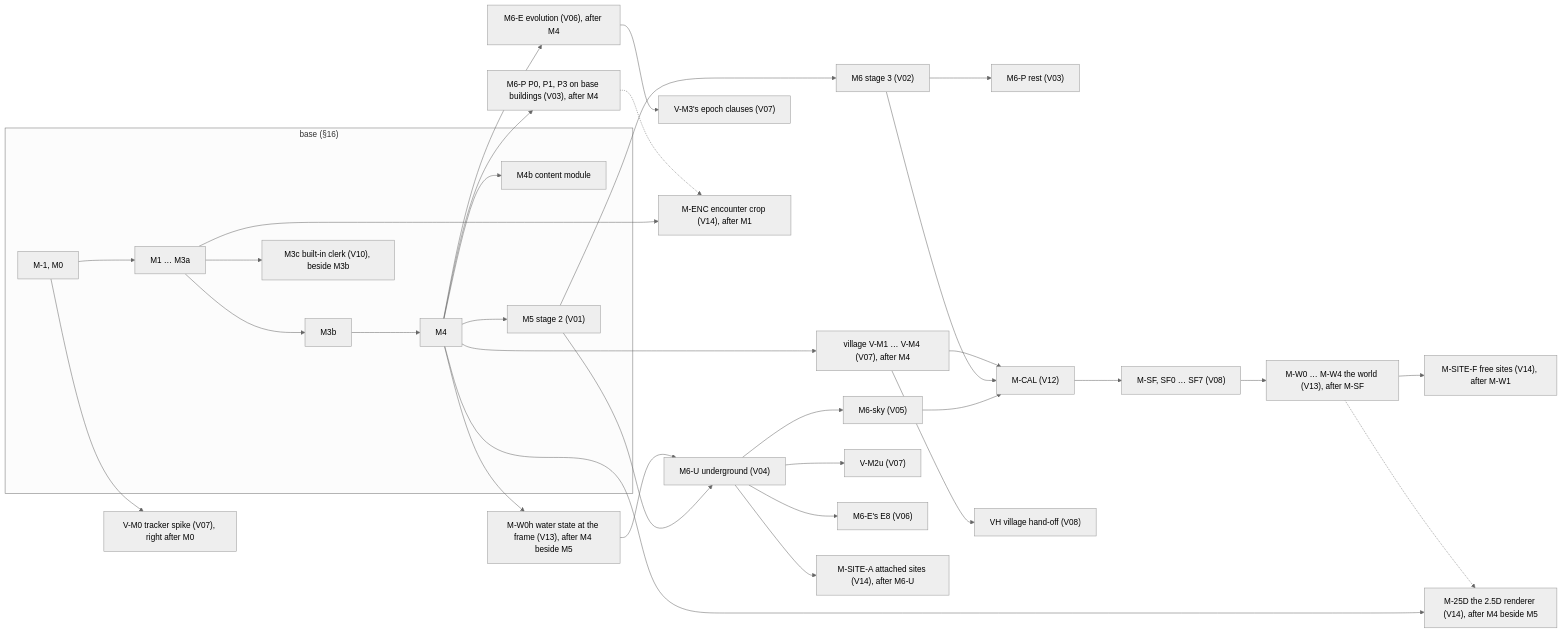
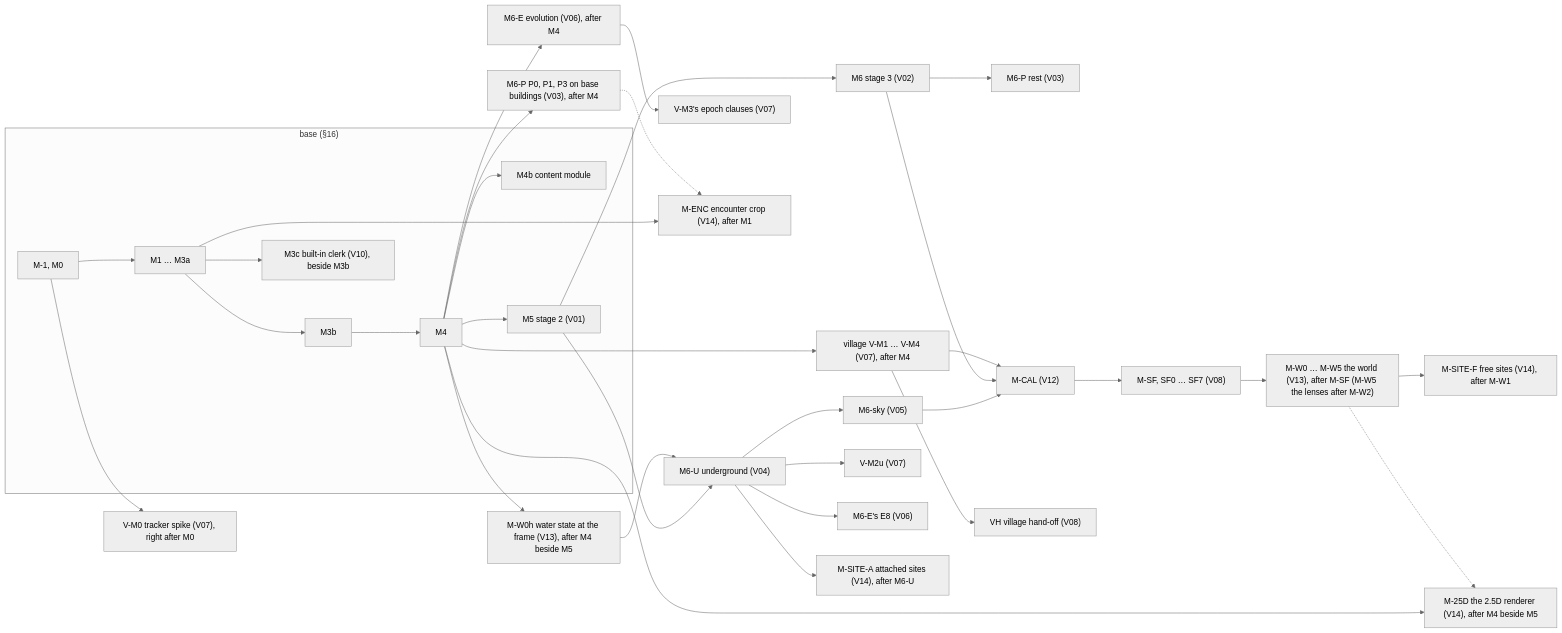
One commit to clausellstokes-lang/maps-architecture changed the diagram in docs/volumes/INDEX.md. Above: the diagram before and after it, drawn with Mermaid (neutral theme). The commit also changed other lines of this file and 11 other files, not shown here.

````diff
--- a/docs/volumes/INDEX.md
+++ b/docs/volumes/INDEX.md
@@ -81,36 +81,36 @@
 ```mermaid
 flowchart LR
   subgraph BASE["base (§16)"]
     M0["M-1, M0"] --> MA["M1 … M3a"]
     MA --> M3b["M3b"]
     MA --> M3c["M3c built-in clerk (V10), beside M3b"]
     M3b --> M4["M4"]
     M4 --> M4b["M4b content module"]
     M4 --> M5["M5 stage 2 (V01)"]
   end
   M0 --> VM0["V-M0 tracker spike (V07), right after M0"]
   M4 --> VM["village V-M1 … V-M4 (V07), after M4"]
   M4 --> ME["M6-E evolution (V06), after M4"]
   M4 --> MP0["M6-P P0, P1, P3 on base buildings (V03), after M4"]
   M5 --> M6["M6 stage 3 (V02)"]
   M5 --> MU["M6-U underground (V04)"]
   M6 --> MP["M6-P rest (V03)"]
   MU --> MS["M6-sky (V05)"]
   MU --> VMu["V-M2u (V07)"]
   MU --> E8["M6-E's E8 (V06)"]
   ME --> VM3["V-M3's epoch clauses (V07)"]
   MS --> MCAL["M-CAL (V12)"]
   M6 --> MCAL
   VM --> MCAL
   MCAL --> MSF["M-SF, SF0 … SF7 (V08)"]
   VM --> VH["VH village hand-off (V08)"]
   M4 --> MW0H["M-W0h water state at the frame (V13), after M4 beside M5"]
   MW0H --> MU
-  MSF --> MW["M-W0 … M-W4 the world (V13), after M-SF"]
+  MSF --> MW["M-W0 … M-W5 the world (V13), after M-SF (M-W5 the lenses after M-W2)"]
   MA --> MENC["M-ENC encounter crop (V14), after M1"]
   MP0 -.-> MENC
   MU --> MSA["M-SITE-A attached sites (V14), after M6-U"]
   MW --> MSFree["M-SITE-F free sites (V14), after M-W1"]
   M4 --> M25["M-25D the 2.5D renderer (V14), after M4 beside M5"]
   MW -.-> M25
 ```
````
